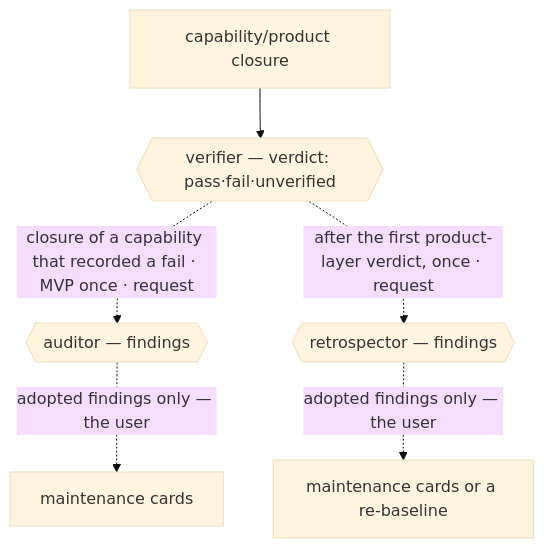
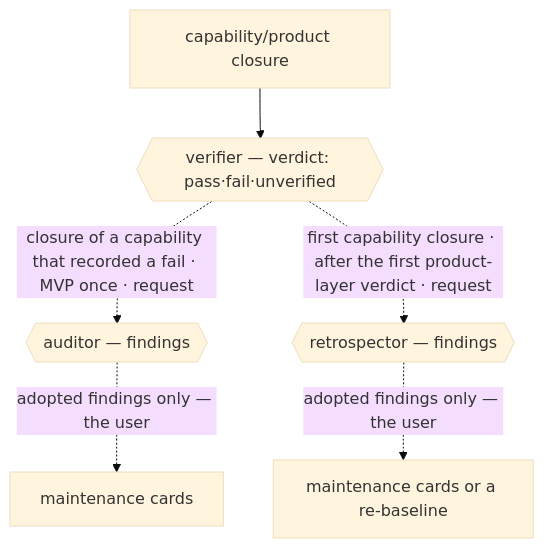
Before and after one commit to nanomia-ai/devflow: the fourth of 5 diagrams in README.md, drawn with Mermaid (base theme). The commit also changed other lines of this file and 7 other files, not shown here.

````diff
--- a/README.md
+++ b/README.md
@@ -211,8 +212,8 @@
 ```mermaid
 flowchart TB
     CL["capability/product closure"] --> VF{{"verifier — verdict: pass·fail·unverified"}}
     VF -.->|"closure of a capability that recorded a fail · MVP once · request"| AU{{"auditor — findings"}}
-    VF -.->|"after the first product-layer verdict, once · request"| RT{{"retrospector — findings"}}
+    VF -.->|"first capability closure · after the first product-layer verdict · request"| RT{{"retrospector — findings"}}
     AU -.->|"adopted findings only — the user"| MC["maintenance cards"]
     RT -.->|"adopted findings only — the user"| RB["maintenance cards or a re-baseline"]
 ```
````
